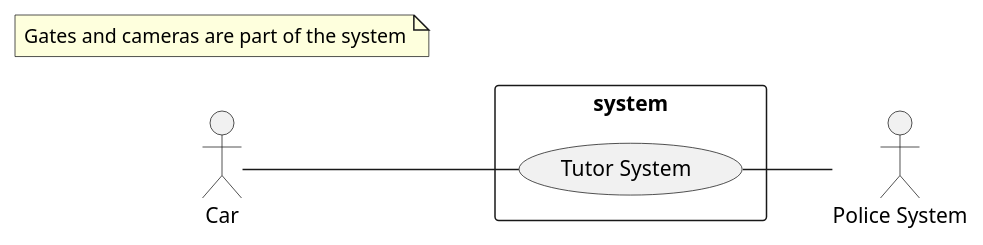
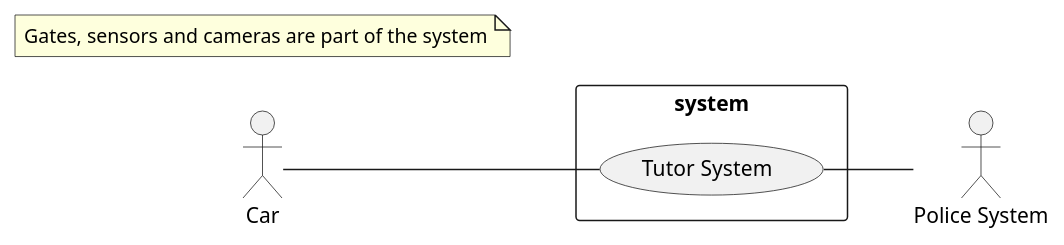
The diagram in ex6_speed_tutor/requirements.md (franco-ruggeri/SoftEng), drawn with PlantUML before and after one commit. The commit also changed other lines of this file and 1 other file, not shown here.

````diff
--- a/ex6_speed_tutor/requirements.md
+++ b/ex6_speed_tutor/requirements.md
@@ -44,16 +46,16 @@
 ```plantuml
 left to right direction
 skinparam packageStyle rectangle
 
 :Car: as c
 :Police System: as ps
 
 rectangle system {
 	(Tutor System) as ts
 }
 
 c -- ts
 ts -- ps
 
-note "Gates and cameras are part of the system" as n
+note "Gates, sensors and cameras are part of the system" as n
 ```
````
